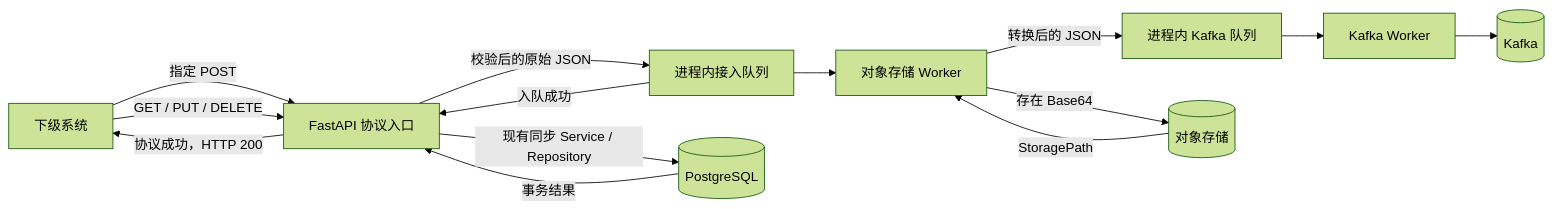
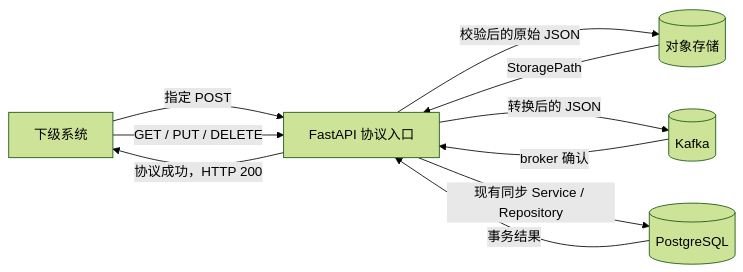
Before and after one commit to quaner-dev/dossier-aggr: the diagram in docs/data-push-architecture.md, drawn with Mermaid (forest theme). The commit also changed other lines of this file and 52 other files, not shown here.

Commit message:
feat: add kafka and object storage ingestion

````diff
--- a/docs/data-push-architecture.md
+++ b/docs/data-push-architecture.md
@@ -96,28 +91,19 @@
 ```mermaid
 flowchart LR
     CLIENT[下级系统]
     API[FastAPI 协议入口]
-    INPUT_QUEUE[进程内接入队列]
-    STORAGE_WORKER[对象存储 Worker]
-    KAFKA_QUEUE[进程内 Kafka 队列]
-    KAFKA_WORKER[Kafka Worker]
     STORAGE[(对象存储)]
     KAFKA[(Kafka)]
     PG[(PostgreSQL)]
 
     CLIENT -->|指定 POST| API
-    API -->|校验后的原始 JSON| INPUT_QUEUE
-    INPUT_QUEUE -->|入队成功| API
+    API -->|校验后的原始 JSON| STORAGE
+    STORAGE -->|StoragePath| API
+    API -->|转换后的 JSON| KAFKA
+    KAFKA -->|broker 确认| API
     API -->|协议成功，HTTP 200| CLIENT
-
-    INPUT_QUEUE --> STORAGE_WORKER
-    STORAGE_WORKER -->|存在 Base64| STORAGE
-    STORAGE -->|StoragePath| STORAGE_WORKER
-    STORAGE_WORKER -->|转换后的 JSON| KAFKA_QUEUE
-    KAFKA_QUEUE --> KAFKA_WORKER
-    KAFKA_WORKER --> KAFKA
 
     CLIENT -->|GET / PUT / DELETE| API
     API -->|现有同步 Service / Repository| PG
     PG -->|事务结果| API
 ```
````
